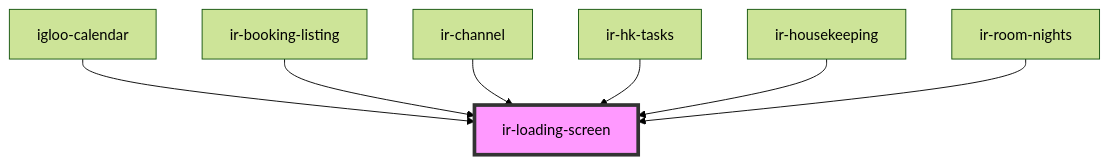
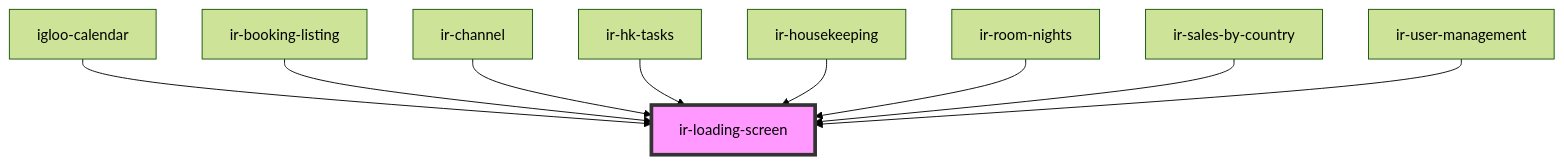
The diagram in src/components/ir-loading-screen/readme.md (David1Chowaifaty/modified-ir-webcmp), drawn with Mermaid (forest theme) before and after one commit. The commit also changed other lines of this file and 46 other files, not shown here.

````diff
--- a/src/components/ir-loading-screen/readme.md
+++ b/src/components/ir-loading-screen/readme.md
@@ -27,10 +29,12 @@
 ```mermaid
 graph TD;
   igloo-calendar --> ir-loading-screen
   ir-booking-listing --> ir-loading-screen
   ir-channel --> ir-loading-screen
   ir-hk-tasks --> ir-loading-screen
   ir-housekeeping --> ir-loading-screen
   ir-room-nights --> ir-loading-screen
+  ir-sales-by-country --> ir-loading-screen
+  ir-user-management --> ir-loading-screen
   style ir-loading-screen fill:#f9f,stroke:#333,stroke-width:4px
 ```
````
